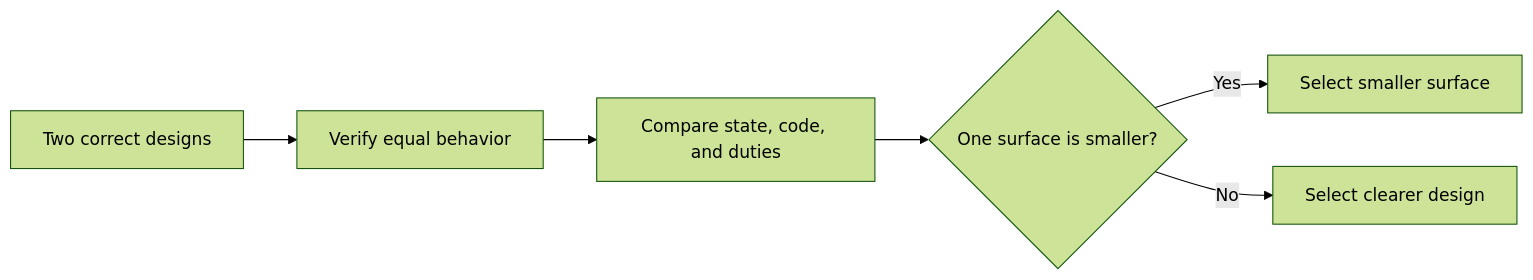
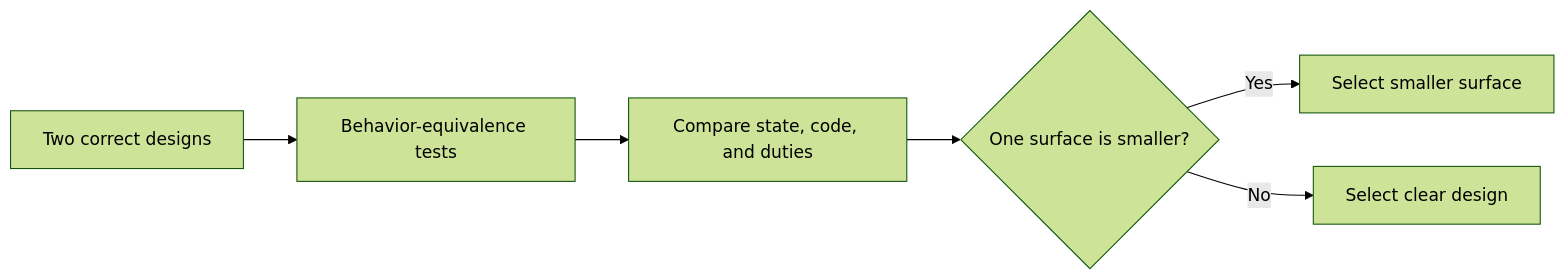
The diagram in docs/principles/details/p090-prefer-negative-code.md (HomericIntelligence/Athena), drawn with Mermaid (forest theme) before and after one commit. The commit also changed other lines of this file and 91 other files, not shown here.

````diff
--- a/docs/principles/details/p090-prefer-negative-code.md
+++ b/docs/principles/details/p090-prefer-negative-code.md
@@ -37,8 +38,8 @@
 ```mermaid
 flowchart LR
-    A["Two correct designs"] --> B["Verify equal behavior"]
+    A["Two correct designs"] --> B["Behavior-equivalence tests"]
     B --> C["Compare state, code, and duties"]
     C --> D{"One surface is smaller?"}
     D -->|Yes| E["Select smaller surface"]
-    D -->|No| F["Select clearer design"]
+    D -->|No| F["Select clear design"]
 ```
````
